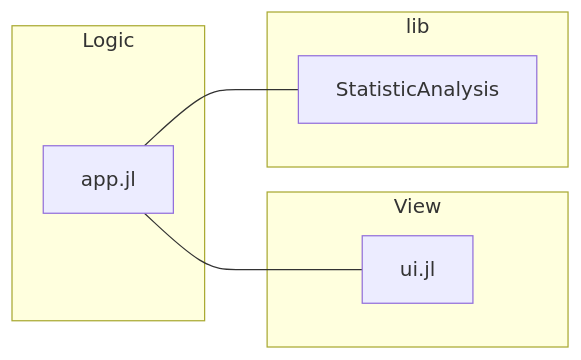
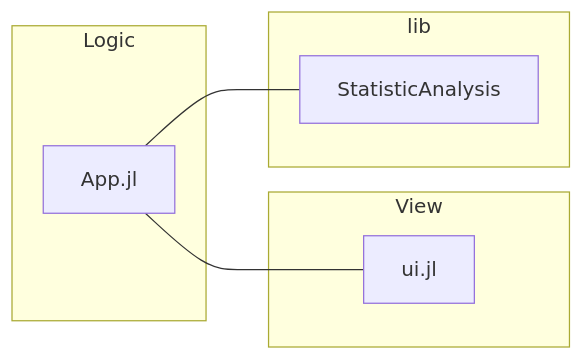
The diagram in content/1.guides/3.your-first-dashboard.md (GenieFramework/GenieFrameworkDocs), drawn with Mermaid before and after one commit. The commit also changed other lines of this file, not shown here.

````diff
--- a/content/1.guides/3.your-first-dashboard.md
+++ b/content/1.guides/3.your-first-dashboard.md
@@ -31,17 +57,17 @@
 ```mermaid
 flowchart LR
     subgraph Logic
-    a1["app.jl"]
+    a1["App.jl"]
     end
 
     subgraph View
     b1["ui.jl"]
     end
 
     subgraph lib
     c1[StatisticAnalysis]
     end
 
     a1 --- b1
     a1 --- c1
 ```
````
